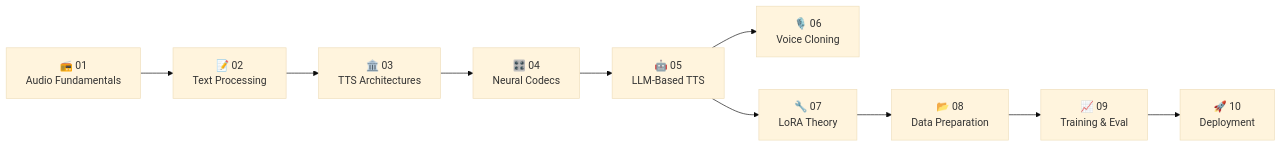
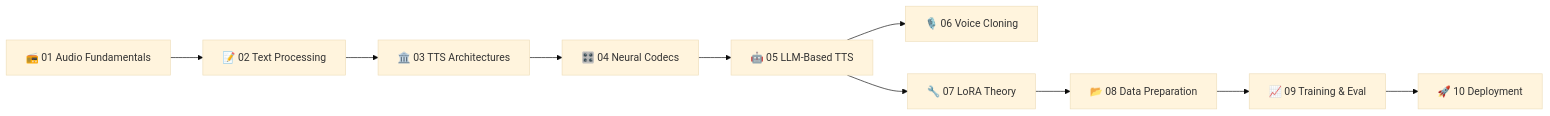
The diagram in README.md (thinhdanggroup/vietnamese-tts-course), drawn with Mermaid (base theme) before and after one commit.

Commit message:
remove new line

````diff
--- a/README.md
+++ b/README.md
@@ -38,23 +38,23 @@
 ```mermaid
 flowchart LR
-    CH01["📻 01\nAudio Fundamentals"]
-    CH02["📝 02\nText Processing"]
-    CH03["🏛️ 03\nTTS Architectures"]
-    CH04["🎛️ 04\nNeural Codecs"]
-    CH05["🤖 05\nLLM-Based TTS"]
-    CH06["🎙️ 06\nVoice Cloning"]
-    CH07["🔧 07\nLoRA Theory"]
-    CH08["📂 08\nData Preparation"]
-    CH09["📈 09\nTraining & Eval"]
-    CH10["🚀 10\nDeployment"]
+    CH01["📻 01 Audio Fundamentals"]
+    CH02["📝 02 Text Processing"]
+    CH03["🏛️ 03 TTS Architectures"]
+    CH04["🎛️ 04 Neural Codecs"]
+    CH05["🤖 05 LLM-Based TTS"]
+    CH06["🎙️ 06 Voice Cloning"]
+    CH07["🔧 07 LoRA Theory"]
+    CH08["📂 08 Data Preparation"]
+    CH09["📈 09 Training & Eval"]
+    CH10["🚀 10 Deployment"]
 
     CH01 --> CH02
     CH02 --> CH03
     CH03 --> CH04
     CH04 --> CH05
     CH05 --> CH06
     CH05 --> CH07
     CH07 --> CH08
     CH08 --> CH09
     CH09 --> CH10
 ```
````
